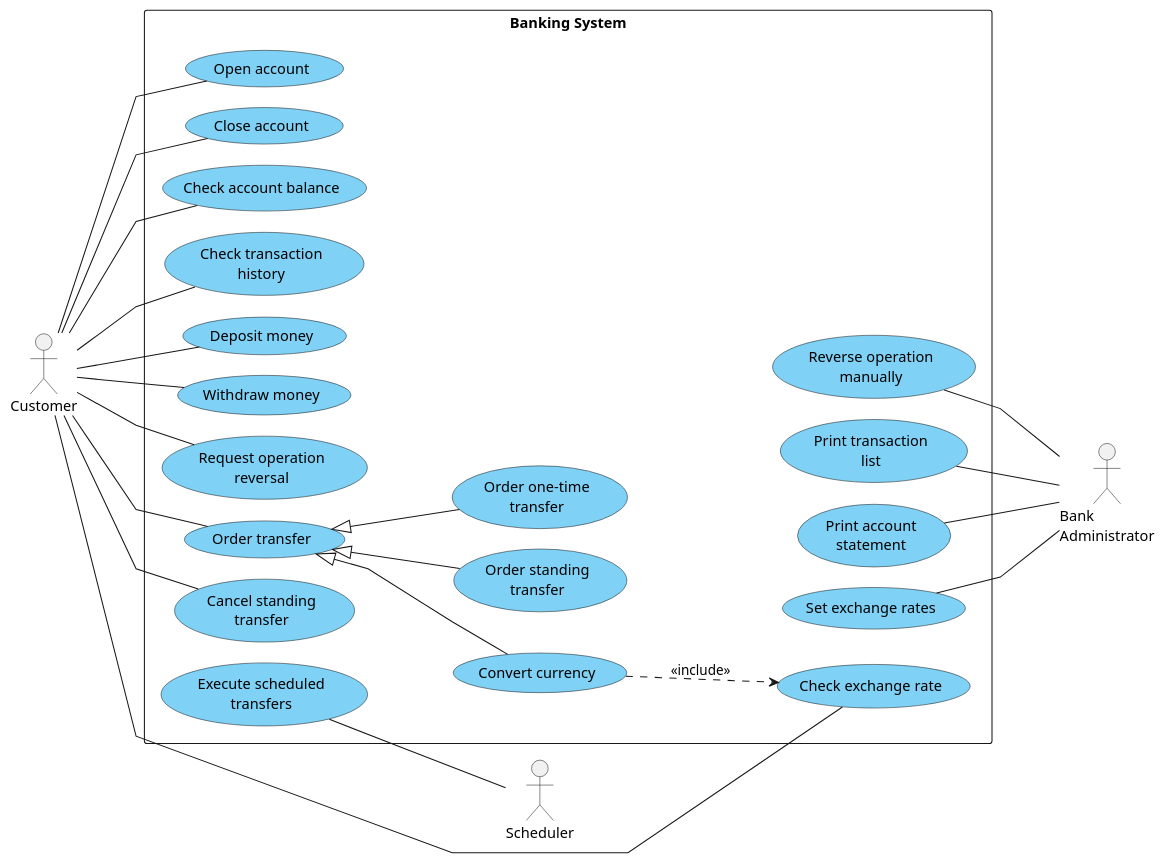
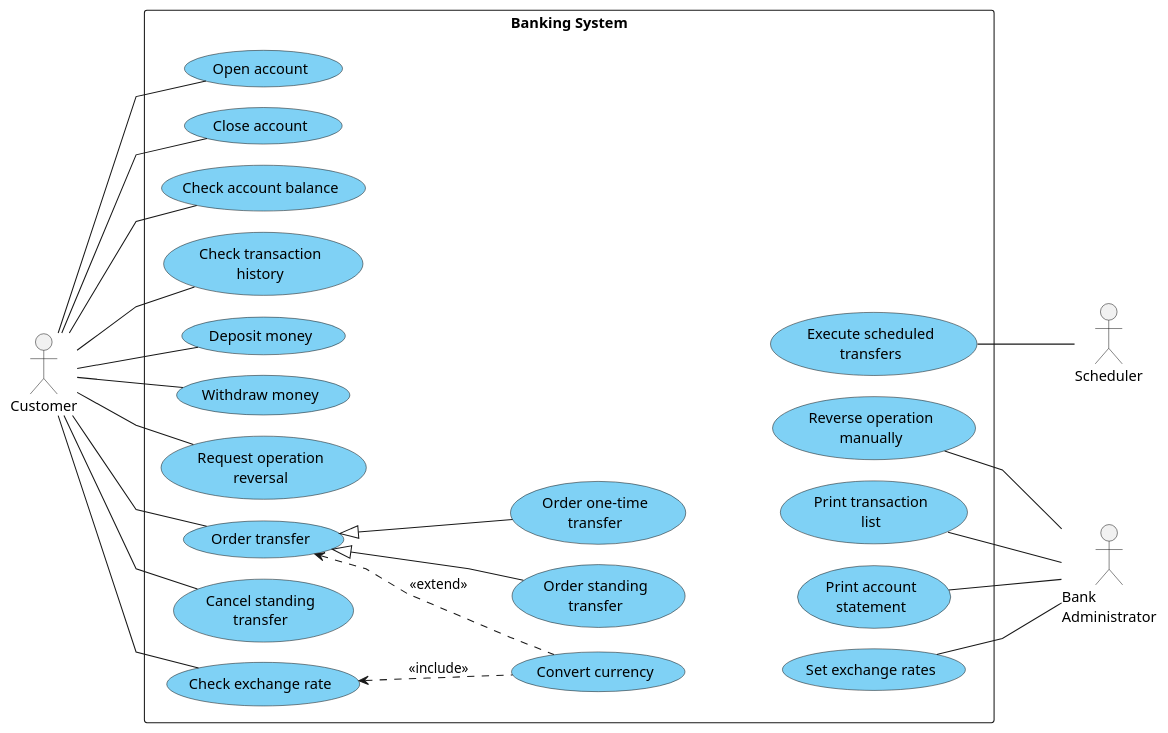
One commit to K0D1Z/software-engineering-project changed the diagram in docs/use_case/use_case.puml. Above: the diagram before and after it, drawn with PlantUML. The commit also changed 2 other files, not shown here.

Commit message:
Fix use_case diagram

```diff
--- a/docs/use_case/use_case.puml
+++ b/docs/use_case/use_case.puml
@@ -1,66 +1,68 @@
 @startuml
 left to right direction
 skinparam linetype polyline
 skinparam nodesep 20
 skinparam ranksep 80
 skinparam usecase {
   BackgroundColor #7FD1F5
 }
 
 actor Customer
 actor "Bank\nAdministrator" as Admin
 actor Scheduler
 
 rectangle "Banking System" {
   usecase "Open account" as UC_OpenAccount
   usecase "Close account" as UC_CloseAccount
   usecase "Check account balance" as UC_AccountBalance
   usecase "Check transaction\nhistory" as UC_History
   usecase "Deposit money" as UC_Deposit
   usecase "Withdraw money" as UC_Withdraw
   usecase "Request operation\nreversal" as UC_RequestReversal
 
   usecase "Order transfer" as UC_Transfer
   usecase "Order one-time\ntransfer" as UC_OneTimeTransfer
   usecase "Order standing\ntransfer" as UC_StandingTransfer
+  usecase "Cancel standing\ntransfer" as UC_CancelStandingTransfer
   usecase "Convert currency" as UC_ConversionTransfer
+  usecase "Execute scheduled\ntransfers" as UC_ScheduledTransfers
   usecase "Check exchange rate" as UC_GetExchangeRate
-  usecase "Cancel standing\ntransfer" as UC_CancelStandingTransfer
 
-  usecase "Execute scheduled\ntransfers" as UC_ScheduledTransfers
   usecase "Reverse operation\nmanually" as UC_ReverseOperation
   usecase "Print transaction\nlist" as UC_PrintHistory
   usecase "Print account\nstatement" as UC_PrintStatement
   usecase "Set exchange rates" as UC_SetRates
 }
 
 Customer -- UC_OpenAccount
 Customer -- UC_CloseAccount
 Customer -- UC_AccountBalance
 Customer -- UC_History
 Customer -- UC_Deposit
 Customer -- UC_Withdraw
 Customer -- UC_RequestReversal
 Customer -- UC_Transfer
 Customer -- UC_CancelStandingTransfer
 Customer -- UC_GetExchangeRate
 
 UC_Transfer <|-- UC_OneTimeTransfer
 UC_Transfer <|-- UC_StandingTransfer
-UC_Transfer <|-- UC_ConversionTransfer
+UC_Transfer <.. UC_ConversionTransfer : <<extend>>
 
-UC_ConversionTransfer ..> UC_GetExchangeRate : <<include>>
+UC_GetExchangeRate <.. UC_ConversionTransfer : <<include>>
+
 
 UC_ScheduledTransfers -- Scheduler
 
 UC_ReverseOperation -- Admin
 UC_PrintHistory -- Admin
 UC_PrintStatement -- Admin
 UC_SetRates -- Admin
 
 UC_OneTimeTransfer -[hidden]- UC_ReverseOperation
 UC_OneTimeTransfer -[hidden]- UC_PrintHistory
 UC_OneTimeTransfer -[hidden]- UC_PrintStatement
 UC_OneTimeTransfer -[hidden]- UC_SetRates
+UC_OneTimeTransfer -[hidden]-UC_ScheduledTransfers
 
 @enduml
```
